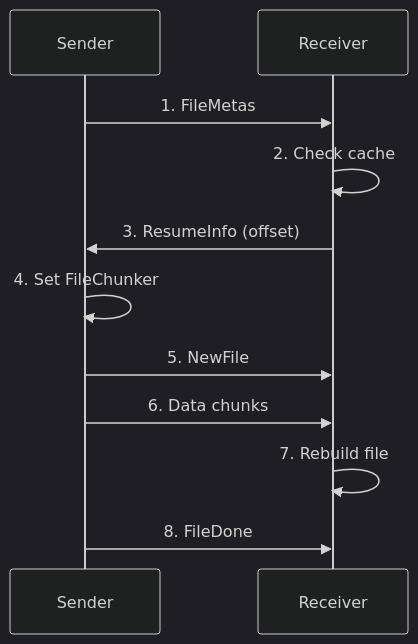
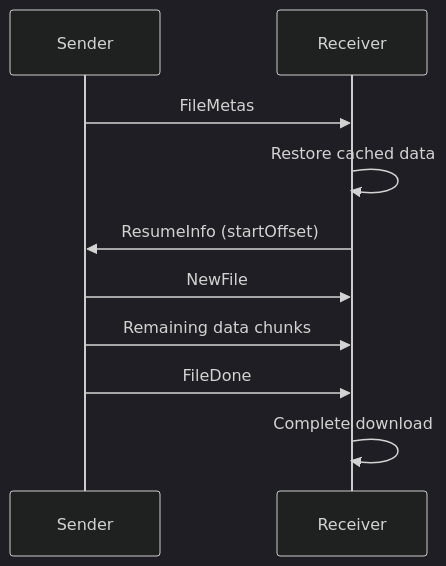
The second of 2 diagrams in README.EN.md (beixiyo/web-share), drawn with Mermaid (dark theme) before and after one commit. The commit also changed other lines of this file and 2 other files, not shown here.

````diff
--- a/README.EN.md
+++ b/README.EN.md
@@ -538,15 +290,13 @@
 ```mermaid
 sequenceDiagram
     participant S as Sender
     participant R as Receiver
 
-    S->>R: 1. FileMetas
-    R->>R: 2. Check cache
-    R->>S: 3. ResumeInfo (offset)
-    S->>S: 4. Set FileChunker
-
-    S->>R: 5. NewFile
-    S->>R: 6. Data chunks
-    R->>R: 7. Rebuild file
-    S->>R: 8. FileDone
+    S->>R: FileMetas
+    R->>R: Restore cached data
+    R->>S: ResumeInfo (startOffset)
+    S->>R: NewFile
+    S->>R: Remaining data chunks
+    S->>R: FileDone
+    R->>R: Complete download
 ```
````
